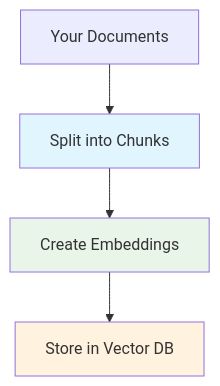
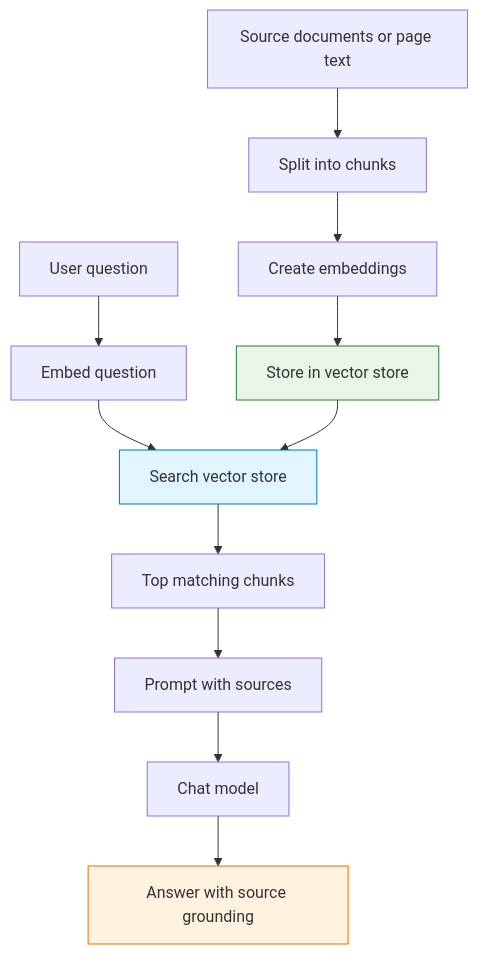
The first of 2 diagrams in src/content/docs/advanced-ai/concepts/rag.mdx (agentic-com/Agentic-Flow-Doc), drawn with Mermaid before and after one commit. The commit also changed other lines of this file and 186 other files, not shown here.

````diff
--- a/src/content/docs/advanced-ai/concepts/rag.mdx
+++ b/src/content/docs/advanced-ai/concepts/rag.mdx
@@ -80,10 +26,17 @@
 ```mermaid
-graph TD
-    Docs[Your Documents] --> Split[Split into Chunks]
-    Split --> Embed[Create Embeddings]
-    Embed --> Store[Store in Vector DB]
-    
-    style Split fill:#e1f5fe
-    style Embed fill:#e8f5e8
-    style Store fill:#fff3e0
+flowchart TD
+  Docs["Source documents or page text"] --> Split["Split into chunks"]
+  Split --> Embed["Create embeddings"]
+  Embed --> Store["Store in vector store"]
+  Question["User question"] --> QEmbed["Embed question"]
+  QEmbed --> Search["Search vector store"]
+  Store --> Search
+  Search --> Context["Top matching chunks"]
+  Context --> Prompt["Prompt with sources"]
+  Prompt --> Model["Chat model"]
+  Model --> Answer["Answer with source grounding"]
+
+  style Store fill:#e8f5e9,stroke:#2e7d32
+  style Search fill:#e1f5fe,stroke:#0277bd
+  style Answer fill:#fff3e0,stroke:#ef6c00
 ```
````
